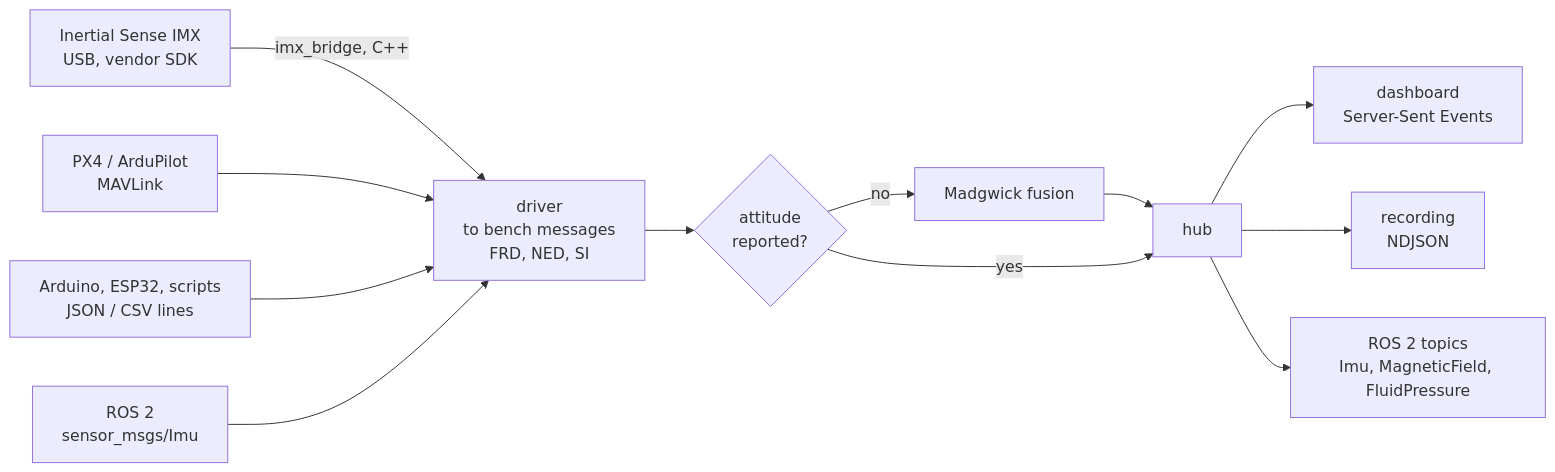
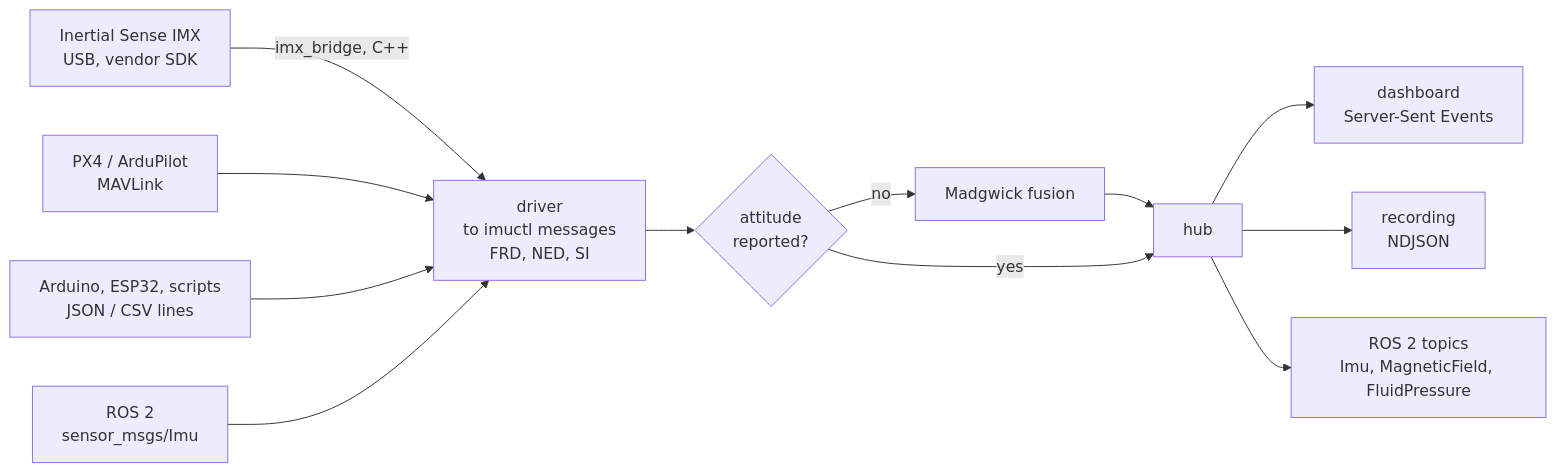
Before and after one commit to Kronbii/imu-bench: the diagram in README.md, drawn with Mermaid. The commit also changed other lines of this file and 39 other files, not shown here.

````diff
--- a/README.md
+++ b/README.md
@@ -170,13 +170,13 @@
 ```mermaid
 flowchart LR
   A["Inertial Sense IMX<br/>USB, vendor SDK"] -->|imx_bridge, C++| D
   B["PX4 / ArduPilot<br/>MAVLink"] --> D
   C["Arduino, ESP32, scripts<br/>JSON / CSV lines"] --> D
   R["ROS 2<br/>sensor_msgs/Imu"] --> D
-  D["driver<br/>to bench messages<br/>FRD, NED, SI"] --> F{"attitude<br/>reported?"}
+  D["driver<br/>to imuctl messages<br/>FRD, NED, SI"] --> F{"attitude<br/>reported?"}
   F -- no --> M["Madgwick fusion"] --> H
   F -- yes --> H["hub"]
   H --> W["dashboard<br/>Server-Sent Events"]
   H --> Q["recording<br/>NDJSON"]
   H --> P["ROS 2 topics<br/>Imu, MagneticField, FluidPressure"]
 ```
````
